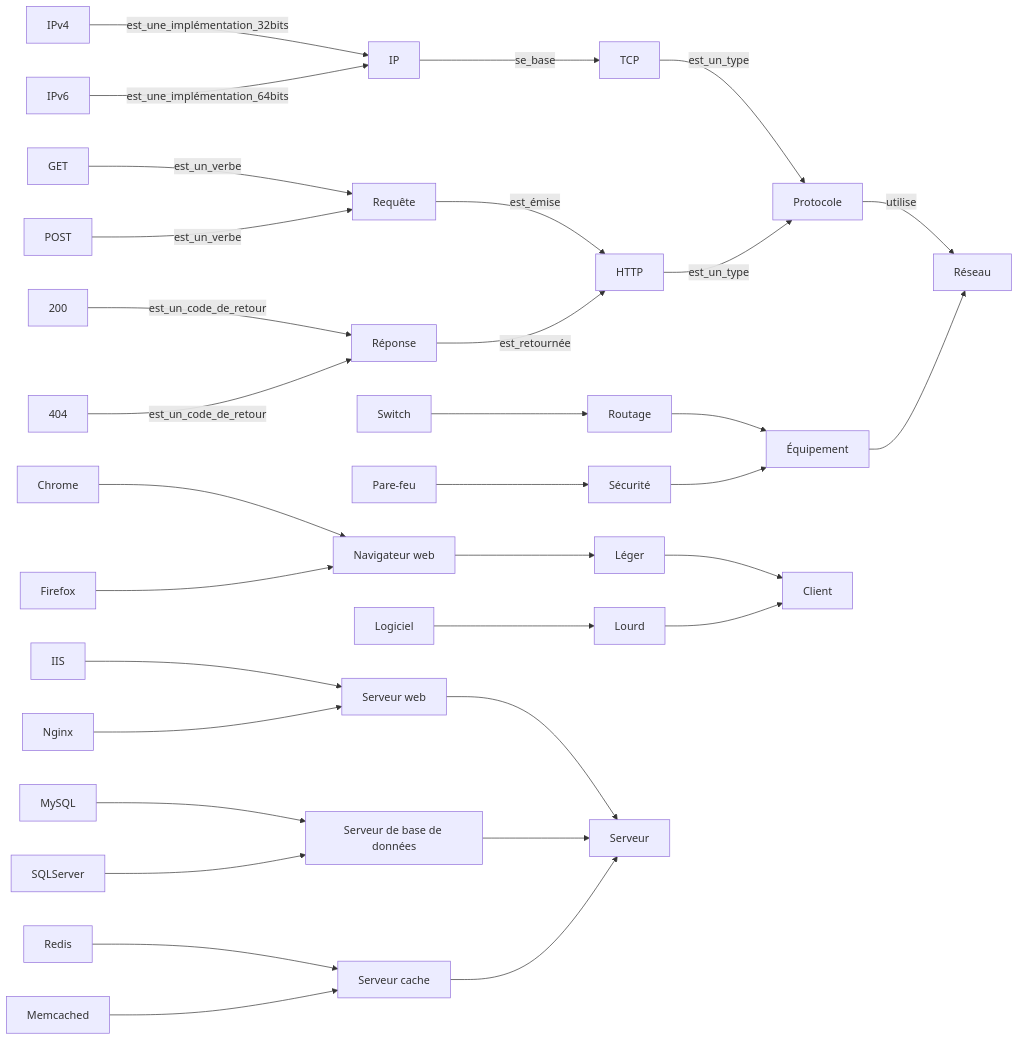
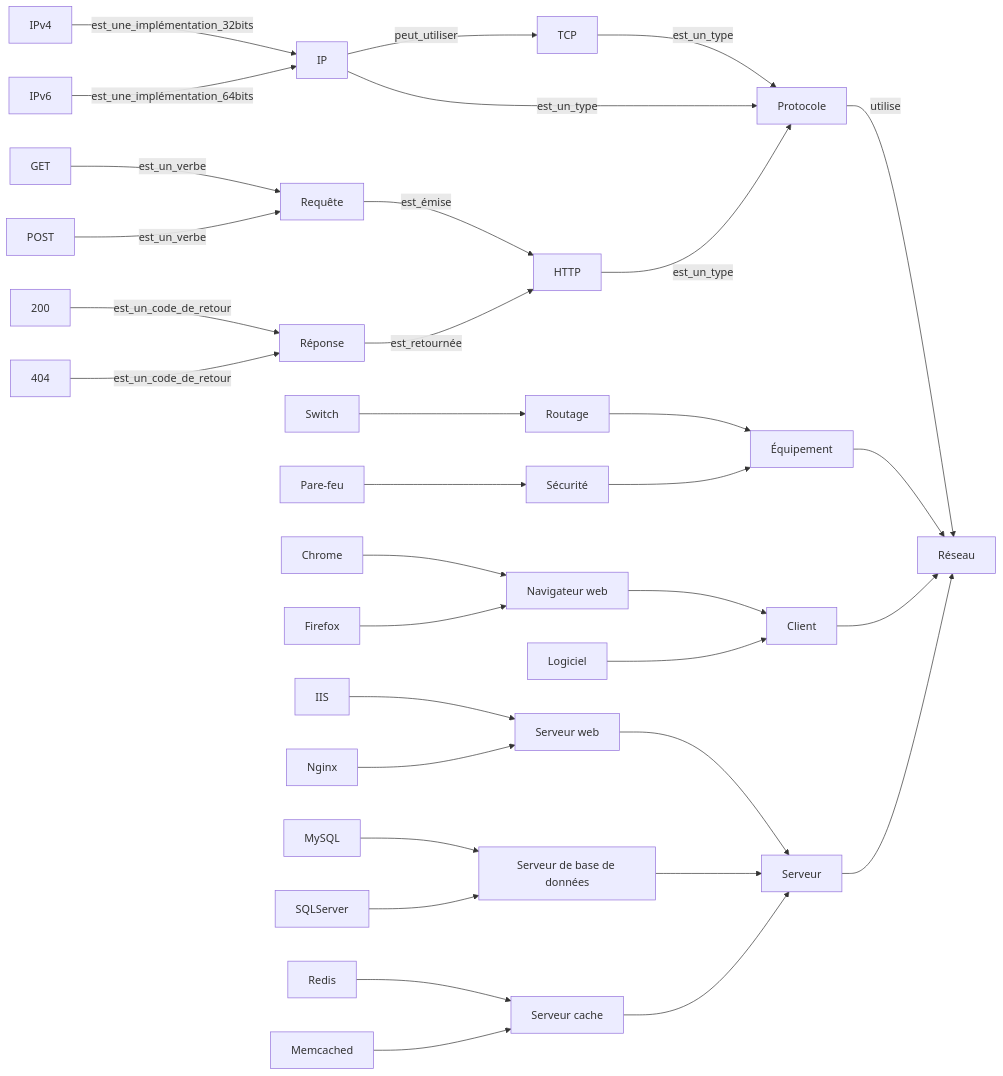
The diagram in markdown/mermaid_v2.md (LavederMark-Ylann/SEC201), drawn with Mermaid before and after one commit. The commit also changed 8 other files, not shown here.

````diff
--- a/markdown/mermaid_v2.md
+++ b/markdown/mermaid_v2.md
@@ -1,39 +1,40 @@
 ```mermaid
 graph LR
     Protocole -- utilise --> Réseau
     TCP -- est_un_type --> Protocole
-    IP -- se_base --> TCP
+    IP -- peut_utiliser --> TCP
+    IP -- est_un_type --> Protocole
     IPv4 -- est_une_implémentation_32bits --> IP
     IPv6 -- est_une_implémentation_64bits --> IP
     HTTP -- est_un_type --> Protocole
     Requête -- est_émise --> HTTP
     GET -- est_un_verbe --> Requête
     POST -- est_un_verbe --> Requête
     Réponse -- est_retournée --> HTTP
     200 -- est_un_code_de_retour --> Réponse
     404 -- est_un_code_de_retour --> Réponse
 
     Équipement --> Réseau
     Routage --> Équipement
     Switch --> Routage
     Sécurité --> Équipement
     Pare-feu --> Sécurité
 
-    Léger --> Client
-    Navigateur[Navigateur web] --> Léger
     Chrome --> Navigateur
     Firefox --> Navigateur
-    Lourd --> Client
-    Logiciel --> Lourd
+    Navigateur[Navigateur web] --> Client
+    Logiciel --> Client
+    Client --> Réseau
 
     Frontal[Serveur web] --> Serveur
     IIS --> Frontal
     Nginx --> Frontal
     BDD[Serveur de base de données] --> Serveur
     MySQL --> BDD
     SQLServer --> BDD
     Cache[Serveur cache] --> Serveur
     Redis --> Cache
     Memcached --> Cache
+    Serveur --> Réseau
 
 ```
````
